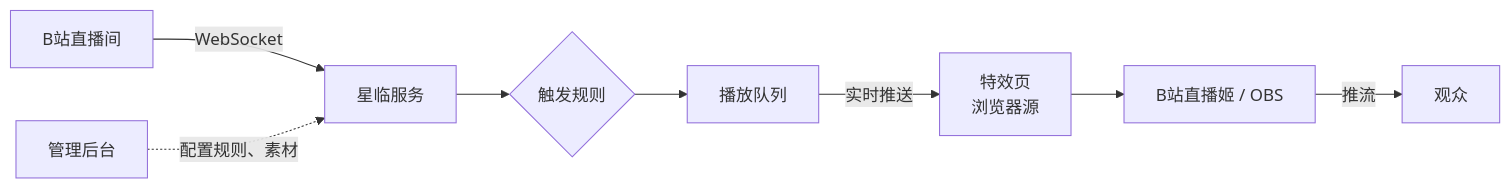
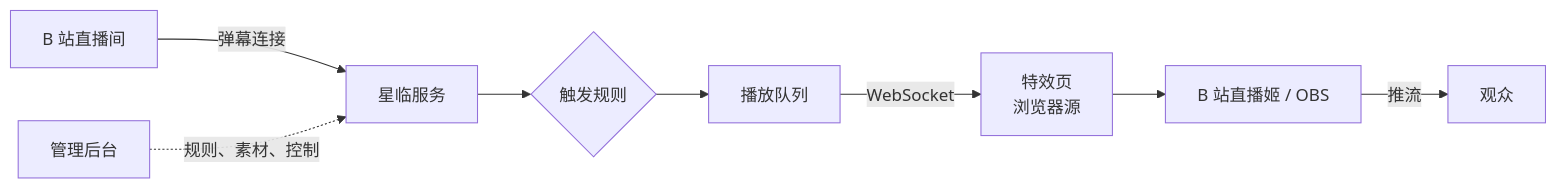
One commit to chrismaxluo/starfall changed the diagram in README.md. Above: the diagram before and after it, drawn with Mermaid. The commit also changed other lines of this file and 14 other files, not shown here.

Commit message:
README 重写为正式版说明；截图换成真实页面（账号、主播、房间号、观众信息已模糊处理）

````diff
--- a/README.md
+++ b/README.md
@@ -67,10 +112,10 @@
 ```mermaid
 flowchart LR
-    A[B站直播间] -- WebSocket --> B[星临服务]
+    A[B 站直播间] -- 弹幕连接 --> B[星临服务]
     B --> C{触发规则}
     C --> D[播放队列]
-    D -- 实时推送 --> E[特效页<br/>浏览器源]
-    E --> F[B站直播姬 / OBS]
+    D -- WebSocket --> E[特效页<br/>浏览器源]
+    E --> F[B 站直播姬 / OBS]
     F -- 推流 --> G[观众]
-    H[管理后台] -. 配置规则、素材 .-> B
+    H[管理后台] -. 规则、素材、控制 .-> B
 ```
````
